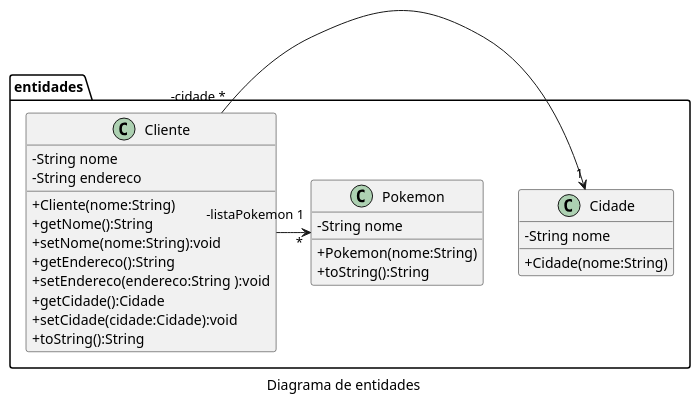
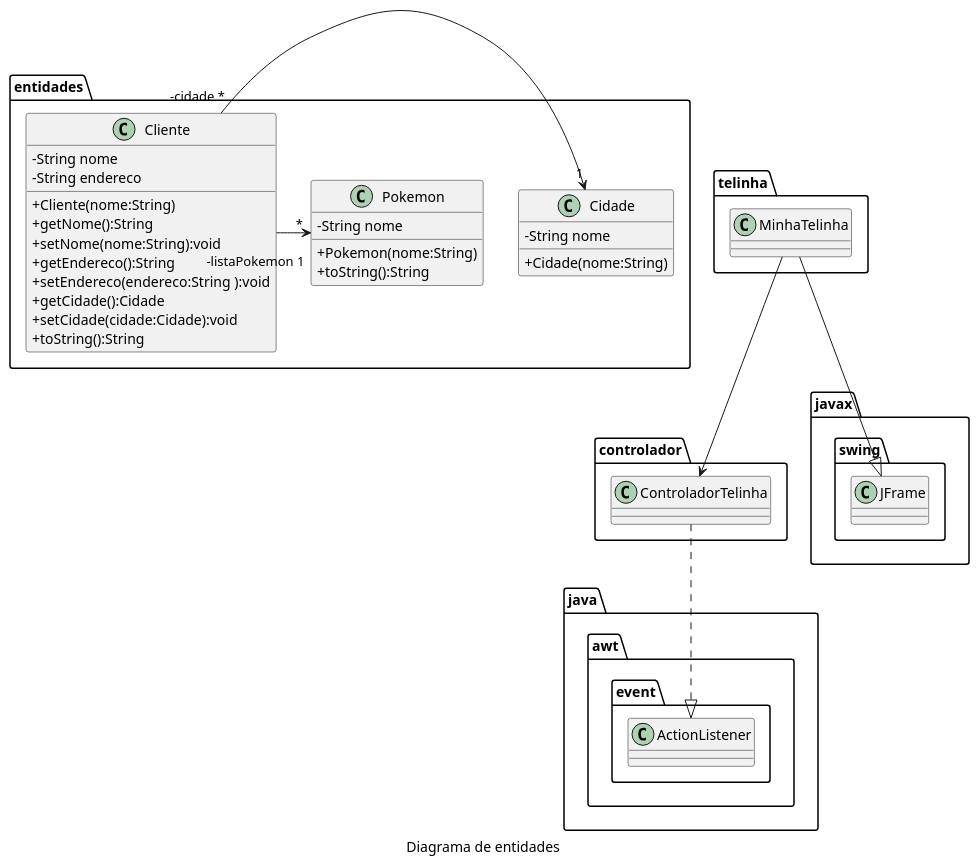
Before and after one commit to waltercoan/FSO2024-2: the diagram in FSO2024-2-POO/diagramas/classes.puml, drawn with PlantUML. The commit also changed 5 other files, not shown here.

```diff
--- a/FSO2024-2-POO/diagramas/classes.puml
+++ b/FSO2024-2-POO/diagramas/classes.puml
@@ -1,31 +1,45 @@
 @startuml
 skinparam classAttributeIconSize 0
 ' left to right direction
 caption Diagrama de entidades
 namespace entidades {
     class Cliente {
         - String nome
         - String endereco
         + Cliente(nome:String)
         + getNome():String
         + setNome(nome:String):void
         + getEndereco():String
         + setEndereco(endereco:String ):void
         + getCidade():Cidade
         + setCidade(cidade:Cidade):void
         + toString():String
     }
     class Cidade {
         - String nome
         + Cidade(nome:String)
     }
 
     class Pokemon {
         - String nome
         + Pokemon(nome:String)
         + toString():String
     }
+}
+namespace telinha {
+    class MinhaTelinha {
 
+    }
+    
+}
+namespace controlador {
+    class ControladorTelinha {
+    }
+    
+}
+    MinhaTelinha --|> javax.swing.JFrame
+    MinhaTelinha --> controlador.ControladorTelinha
+    ControladorTelinha ..|> java.awt.event.ActionListener
     Cliente "-cidade *" -> "1" Cidade
     Cliente "-listaPokemon 1" -> "*" Pokemon
 @enduml
```
